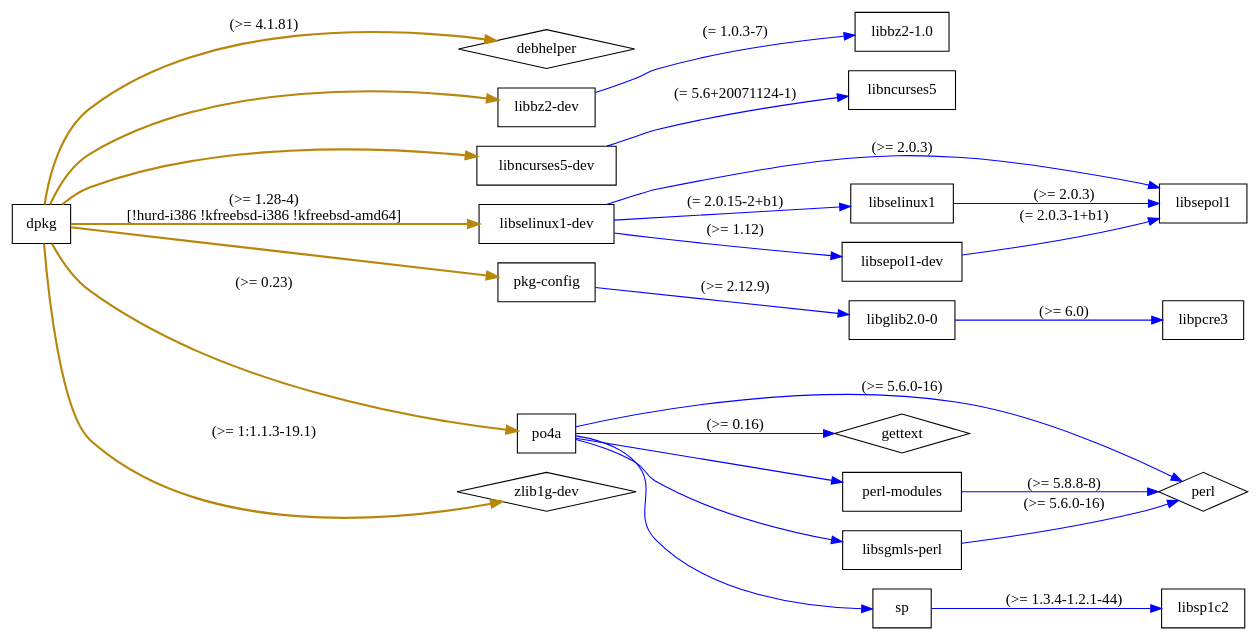
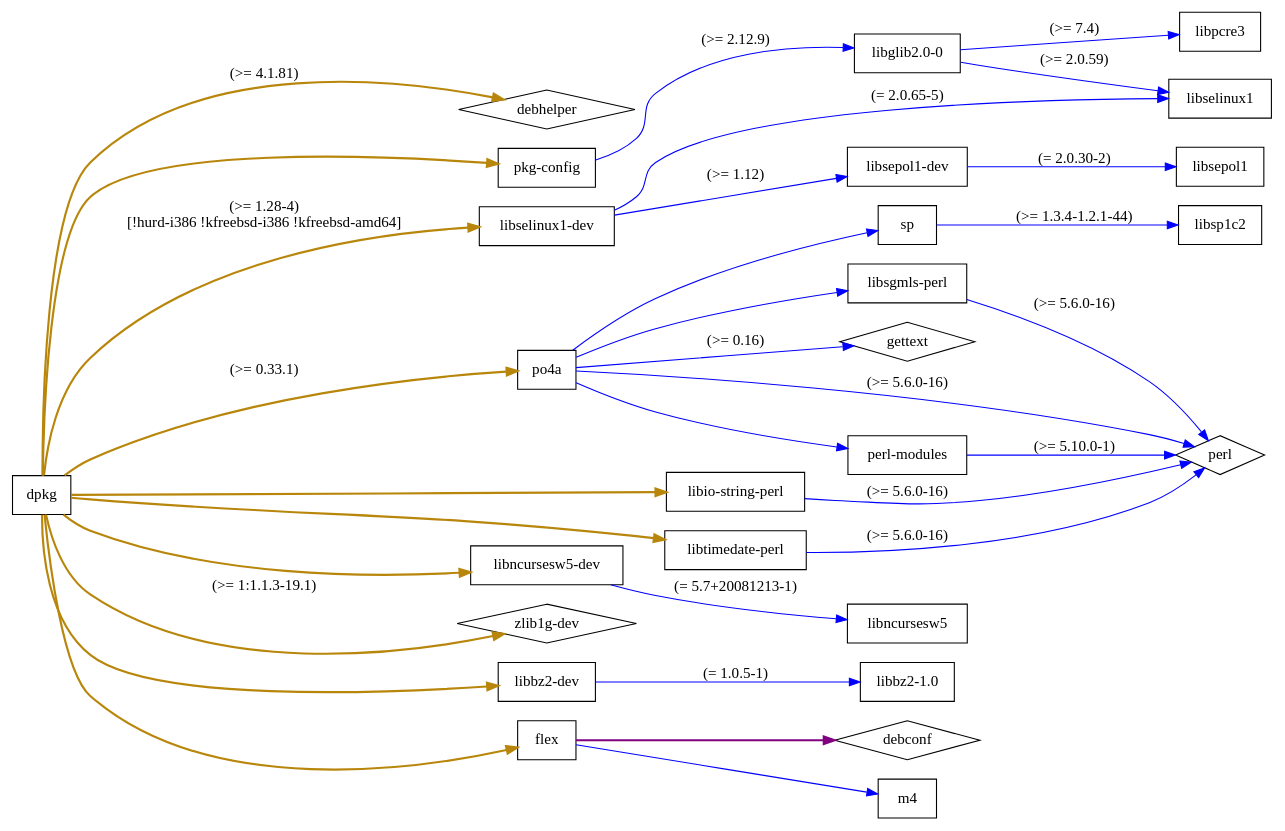
The diagram in testset/usage1.dot (juandesant/debtree), drawn with Graphviz before and after one commit. The commit also changed 21 other files, not shown here.

```diff
--- a/testset/usage1.dot
+++ b/testset/usage1.dot
@@ -1,32 +1,39 @@
 digraph "dpkg" {
 	rankdir=LR;
 	node [shape=box];
 	"dpkg" -> "debhelper" [color=darkgoldenrod,style=bold,label="(>= 4.1.81)"];
-	"dpkg" -> "libbz2-dev" [color=darkgoldenrod,style=bold];
-	"libbz2-dev" -> "libbz2-1.0" [color=blue,label="(= 1.0.3-7)"];
-	"dpkg" -> "libncurses5-dev" [color=darkgoldenrod,style=bold];
-	"libncurses5-dev" -> "libncurses5" [color=blue,label="(= 5.6+20071124-1)"];
-	"dpkg" -> "libselinux1-dev" [color=darkgoldenrod,style=bold,label="(>= 1.28-4)\n[!hurd-i386 !kfreebsd-i386 !kfreebsd-amd64]"];
-	"libselinux1-dev" -> "libsepol1" [color=blue,label="(>= 2.0.3)"];
-	"libselinux1-dev" -> "libselinux1" [color=blue,label="(= 2.0.15-2+b1)"];
-	"libselinux1" -> "libsepol1" [color=blue,label="(>= 2.0.3)"];
-	"libselinux1-dev" -> "libsepol1-dev" [color=blue,label="(>= 1.12)"];
-	"libsepol1-dev" -> "libsepol1" [color=blue,label="(= 2.0.3-1+b1)"];
 	"dpkg" -> "pkg-config" [color=darkgoldenrod,style=bold];
 	"pkg-config" -> "libglib2.0-0" [color=blue,label="(>= 2.12.9)"];
-	"libglib2.0-0" -> "libpcre3" [color=blue,label="(>= 6.0)"];
-	"dpkg" -> "po4a" [color=darkgoldenrod,style=bold,label="(>= 0.23)"];
+	"libglib2.0-0" -> "libpcre3" [color=blue,label="(>= 7.4)"];
+	"libglib2.0-0" -> "libselinux1" [color=blue,label="(>= 2.0.59)"];
+	"dpkg" -> "po4a" [color=darkgoldenrod,style=bold,label="(>= 0.33.1)"];
 	"po4a" -> "perl" [color=blue,label="(>= 5.6.0-16)"];
 	"po4a" -> "gettext" [color=blue,label="(>= 0.16)"];
 	"po4a" -> "perl-modules" [color=blue];
-	"perl-modules" -> "perl" [color=blue,label="(>= 5.8.8-8)"];
+	"perl-modules" -> "perl" [color=blue,label="(>= 5.10.0-1)"];
 	"po4a" -> "libsgmls-perl" [color=blue];
 	"libsgmls-perl" -> "perl" [color=blue,label="(>= 5.6.0-16)"];
 	"po4a" -> "sp" [color=blue];
 	"sp" -> "libsp1c2" [color=blue,label="(>= 1.3.4-1.2.1-44)"];
+	"dpkg" -> "libncursesw5-dev" [color=darkgoldenrod,style=bold];
+	"libncursesw5-dev" -> "libncursesw5" [color=blue,label="(= 5.7+20081213-1)"];
 	"dpkg" -> "zlib1g-dev" [color=darkgoldenrod,style=bold,label="(>= 1:1.1.3-19.1)"];
+	"dpkg" -> "libbz2-dev" [color=darkgoldenrod,style=bold];
+	"libbz2-dev" -> "libbz2-1.0" [color=blue,label="(= 1.0.5-1)"];
+	"dpkg" -> "flex" [color=darkgoldenrod,style=bold];
+	"flex" -> "debconf" [color=purple,style=bold];
+	"flex" -> "m4" [color=blue];
+	"dpkg" -> "libselinux1-dev" [color=darkgoldenrod,style=bold,label="(>= 1.28-4)\n[!hurd-i386 !kfreebsd-i386 !kfreebsd-amd64]"];
+	"libselinux1-dev" -> "libselinux1" [color=blue,label="(= 2.0.65-5)"];
+	"libselinux1-dev" -> "libsepol1-dev" [color=blue,label="(>= 1.12)"];
+	"libsepol1-dev" -> "libsepol1" [color=blue,label="(= 2.0.30-2)"];
+	"dpkg" -> "libtimedate-perl" [color=darkgoldenrod,style=bold];
+	"libtimedate-perl" -> "perl" [color=blue,label="(>= 5.6.0-16)"];
+	"dpkg" -> "libio-string-perl" [color=darkgoldenrod,style=bold];
+	"libio-string-perl" -> "perl" [color=blue,label="(>= 5.6.0-16)"];
 	"debhelper" [shape = diamond];
 	"perl" [shape = diamond];
 	"gettext" [shape = diamond];
 	"zlib1g-dev" [shape = diamond];
+	"debconf" [shape = diamond];
 }
```
